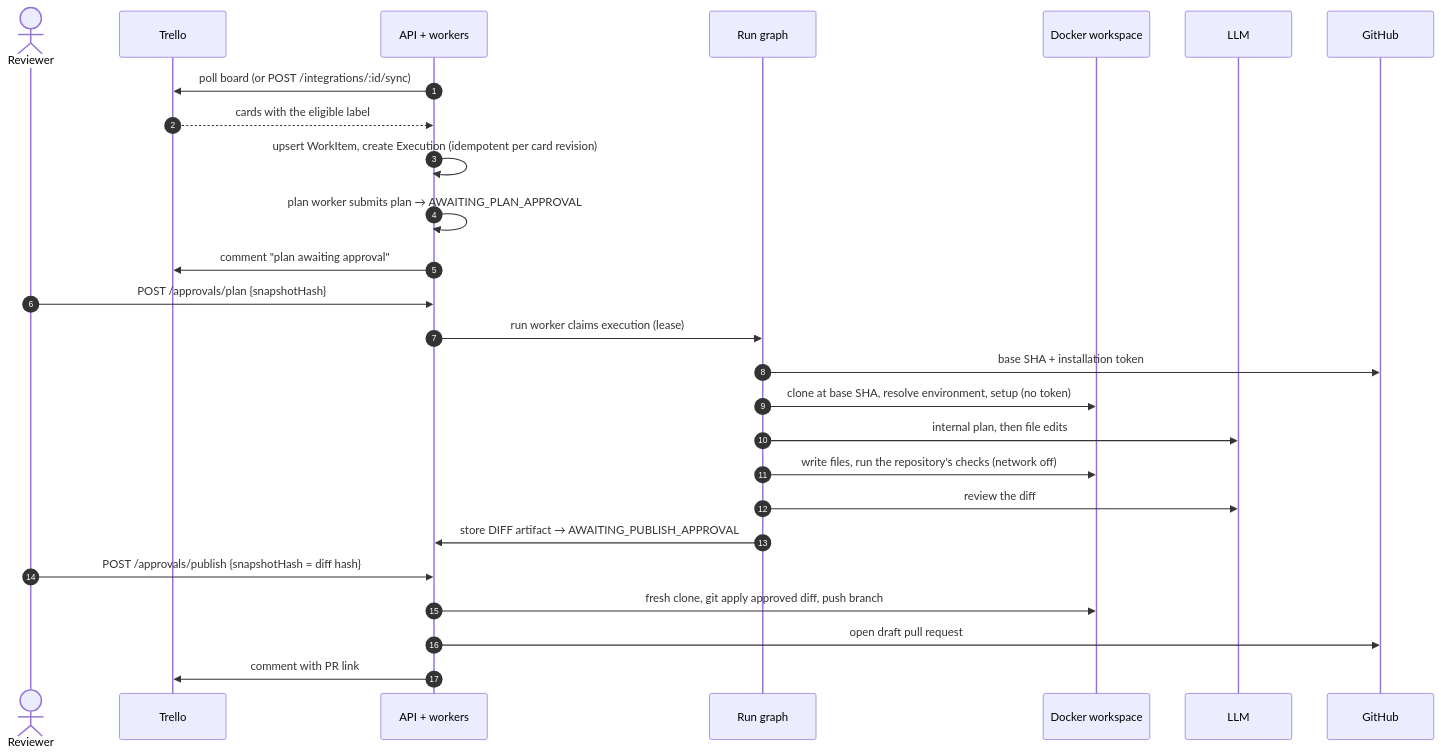
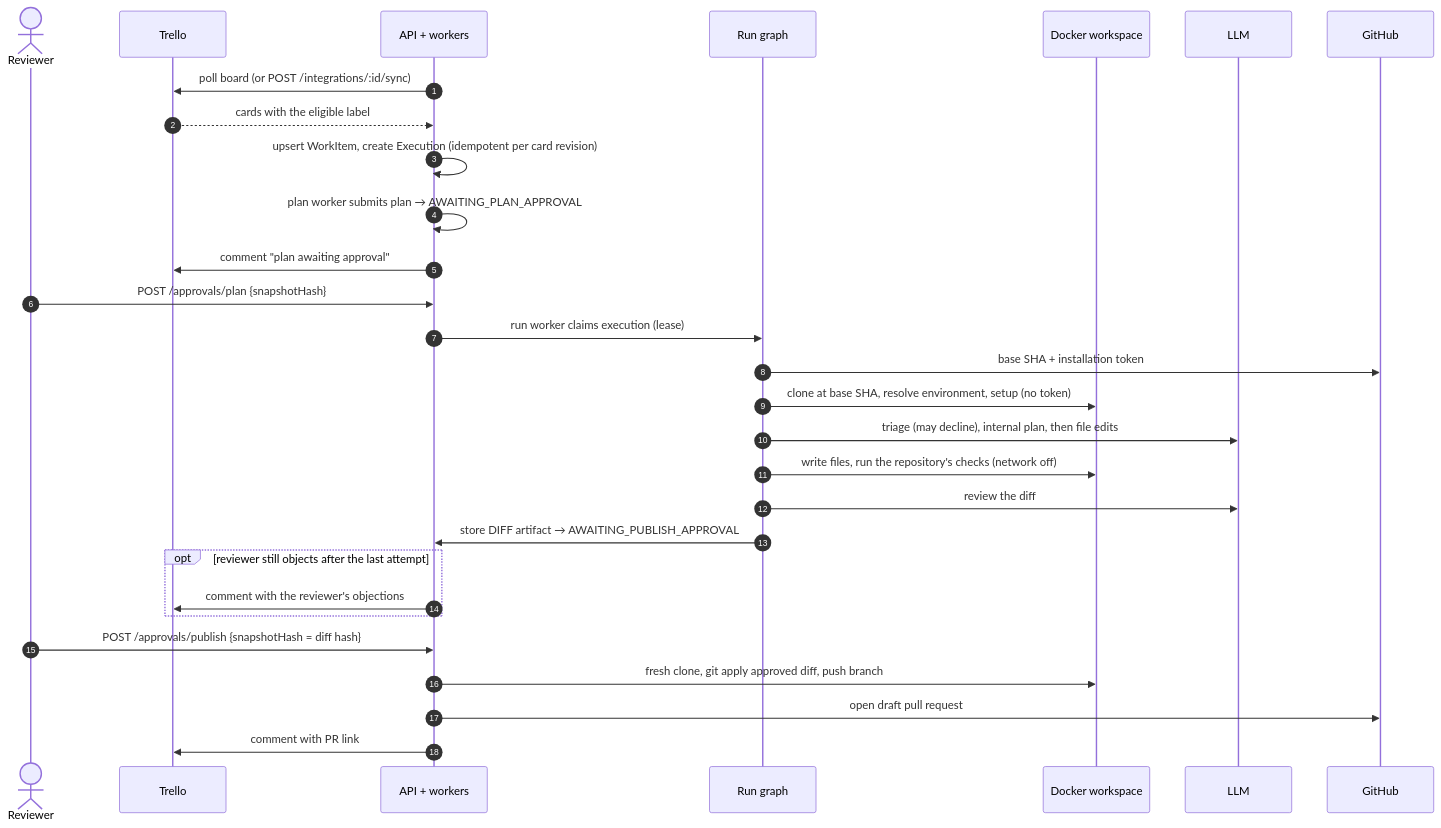
Before and after one commit to zack10/agent-orchestration-app-backend: the second of 7 diagrams in README.md, drawn with Mermaid. The commit also changed other lines of this file, not shown here.

First line of the commit message:
docs(readme): bring the diagrams and text up to date with the branch

````diff
--- a/README.md
+++ b/README.md
@@ -133,29 +133,32 @@
 ```mermaid
 sequenceDiagram
     autonumber
     actor Human as Reviewer
     participant T as Trello
     participant API as API + workers
     participant G as Run graph
     participant D as Docker workspace
     participant L as LLM
     participant GH as GitHub
 
     API->>T: poll board (or POST /integrations/:id/sync)
     T-->>API: cards with the eligible label
     API->>API: upsert WorkItem, create Execution (idempotent per card revision)
     API->>API: plan worker submits plan → AWAITING_PLAN_APPROVAL
     API->>T: comment "plan awaiting approval"
     Human->>API: POST /approvals/plan {snapshotHash}
     API->>G: run worker claims execution (lease)
     G->>GH: base SHA + installation token
     G->>D: clone at base SHA, resolve environment, setup (no token)
-    G->>L: internal plan, then file edits
+    G->>L: triage (may decline), internal plan, then file edits
     G->>D: write files, run the repository's checks (network off)
     G->>L: review the diff
     G->>API: store DIFF artifact → AWAITING_PUBLISH_APPROVAL
+    opt reviewer still objects after the last attempt
+        API->>T: comment with the reviewer's objections
+    end
     Human->>API: POST /approvals/publish {snapshotHash = diff hash}
     API->>D: fresh clone, git apply approved diff, push branch
     API->>GH: open draft pull request
     API->>T: comment with PR link
 ```
````
